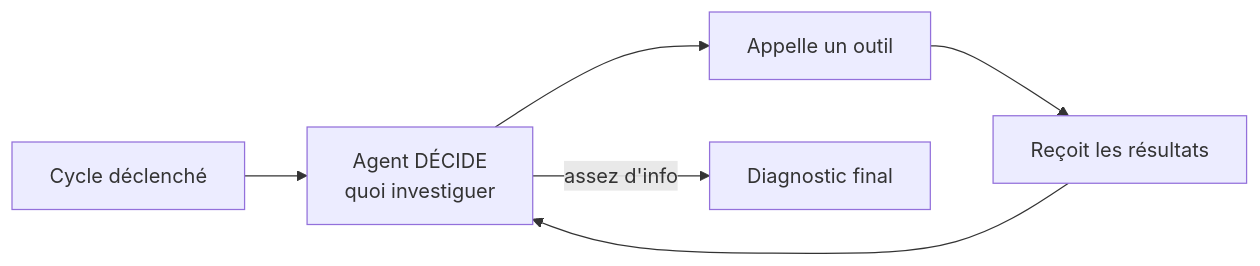
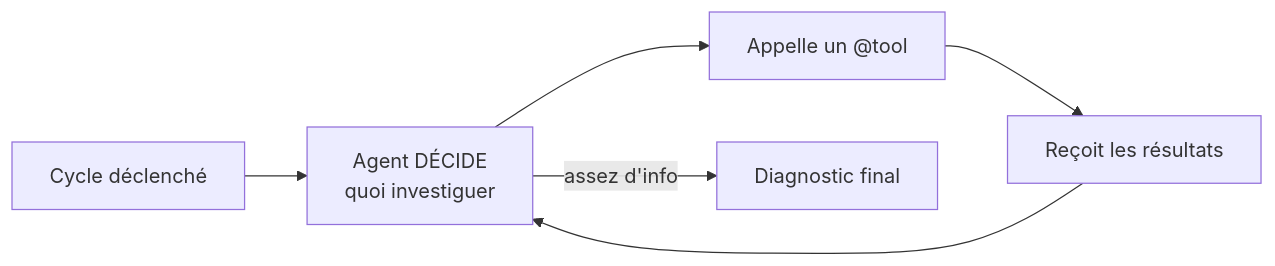
The third of 6 diagrams in README.md (RIKIEL-K/monitoring-ia), drawn with Mermaid before and after one commit. The commit also changed other lines of this file, not shown here.

First line of the commit message:
Revise README for agent architecture and tools

````diff
--- a/README.md
+++ b/README.md
@@ -75,8 +75,8 @@
 ```mermaid
 flowchart LR
     B1["Cycle déclenché"] --> B2["Agent DÉCIDE\nquoi investiguer"]
-    B2 --> B3["Appelle un outil"]
+    B2 --> B3["Appelle un @tool"]
     B3 --> B4["Reçoit les résultats"]
     B4 --> B2
     B2 -->|"assez d'info"| B5["Diagnostic final"]
 ```
````
